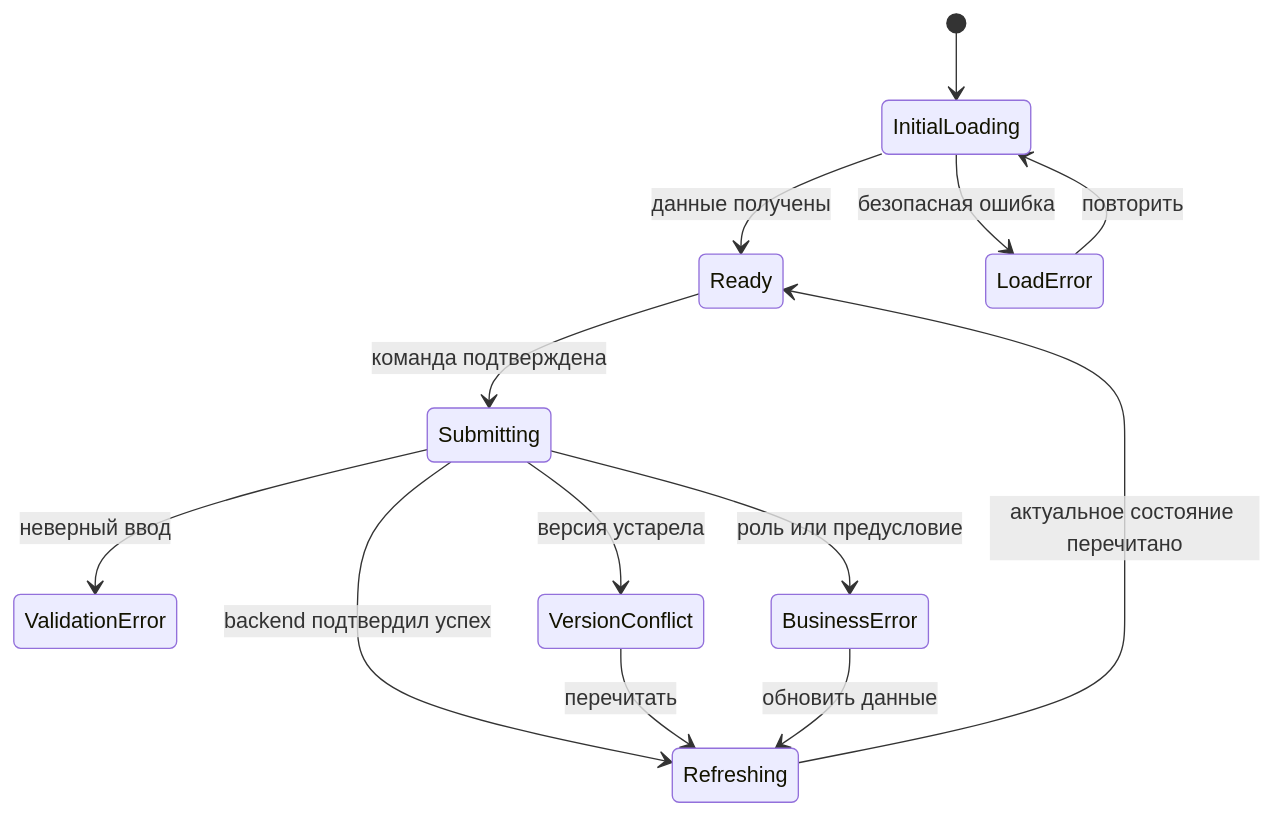
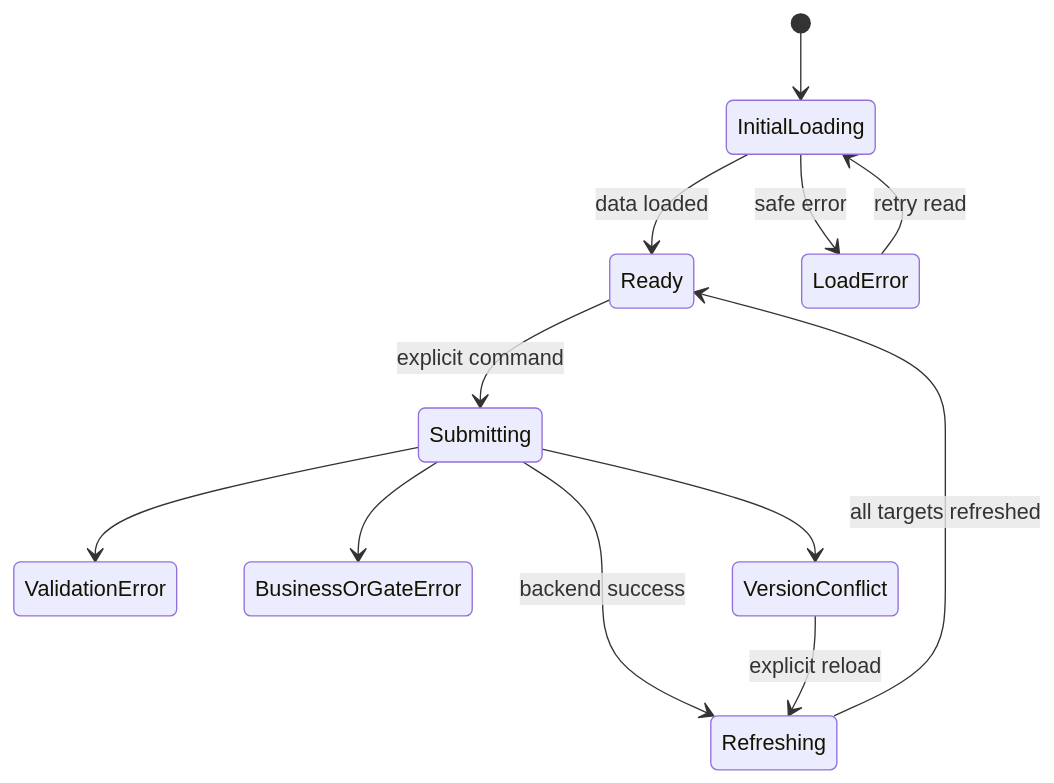
Before and after one commit to AI-shoks/WorkCard-Lifecycle: the diagram in WorkCard-Lifecycle/docs/ux/ui-states.md, drawn with Mermaid. The commit also changed other lines of this file and 29 other files, not shown here.

````diff
--- a/WorkCard-Lifecycle/docs/ux/ui-states.md
+++ b/WorkCard-Lifecycle/docs/ux/ui-states.md
@@ -15,15 +15,14 @@
 ```mermaid
 stateDiagram-v2
     [*] --> InitialLoading
-    InitialLoading --> Ready: данные получены
-    InitialLoading --> LoadError: безопасная ошибка
-    LoadError --> InitialLoading: повторить
-    Ready --> Submitting: команда подтверждена
-    Submitting --> Refreshing: backend подтвердил успех
-    Refreshing --> Ready: актуальное состояние перечитано
-    Submitting --> ValidationError: неверный ввод
-    Submitting --> BusinessError: роль или предусловие
-    Submitting --> VersionConflict: версия устарела
-    VersionConflict --> Refreshing: перечитать
-    BusinessError --> Refreshing: обновить данные
+    InitialLoading --> Ready: data loaded
+    InitialLoading --> LoadError: safe error
+    LoadError --> InitialLoading: retry read
+    Ready --> Submitting: explicit command
+    Submitting --> Refreshing: backend success
+    Refreshing --> Ready: all targets refreshed
+    Submitting --> ValidationError
+    Submitting --> BusinessOrGateError
+    Submitting --> VersionConflict
+    VersionConflict --> Refreshing: explicit reload
 ```
````
